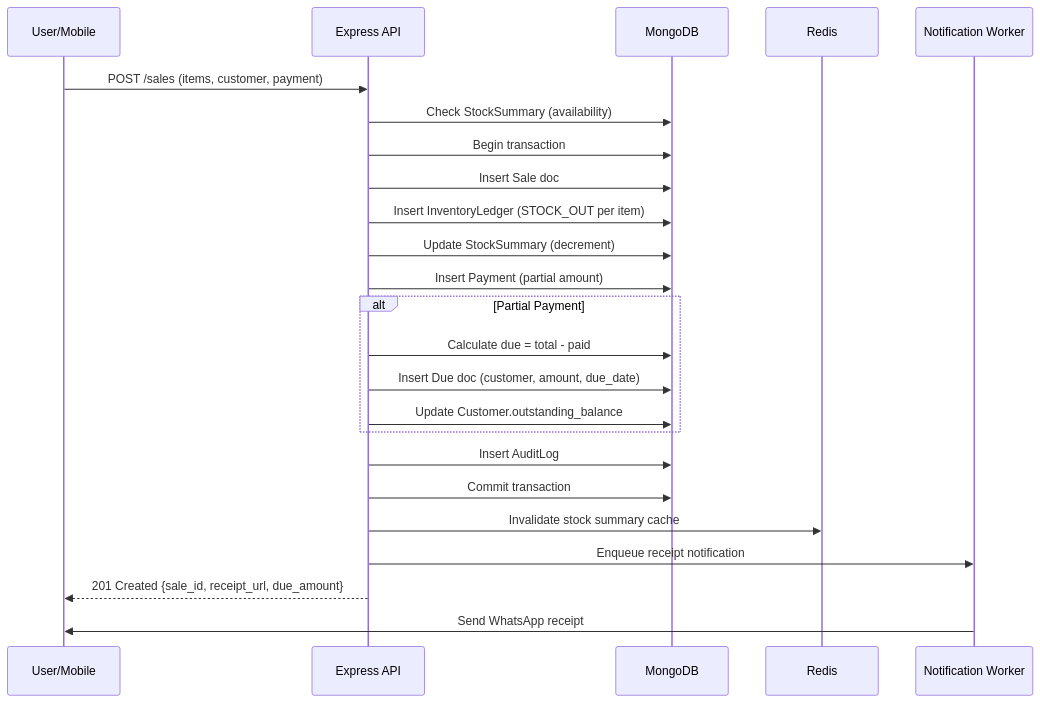
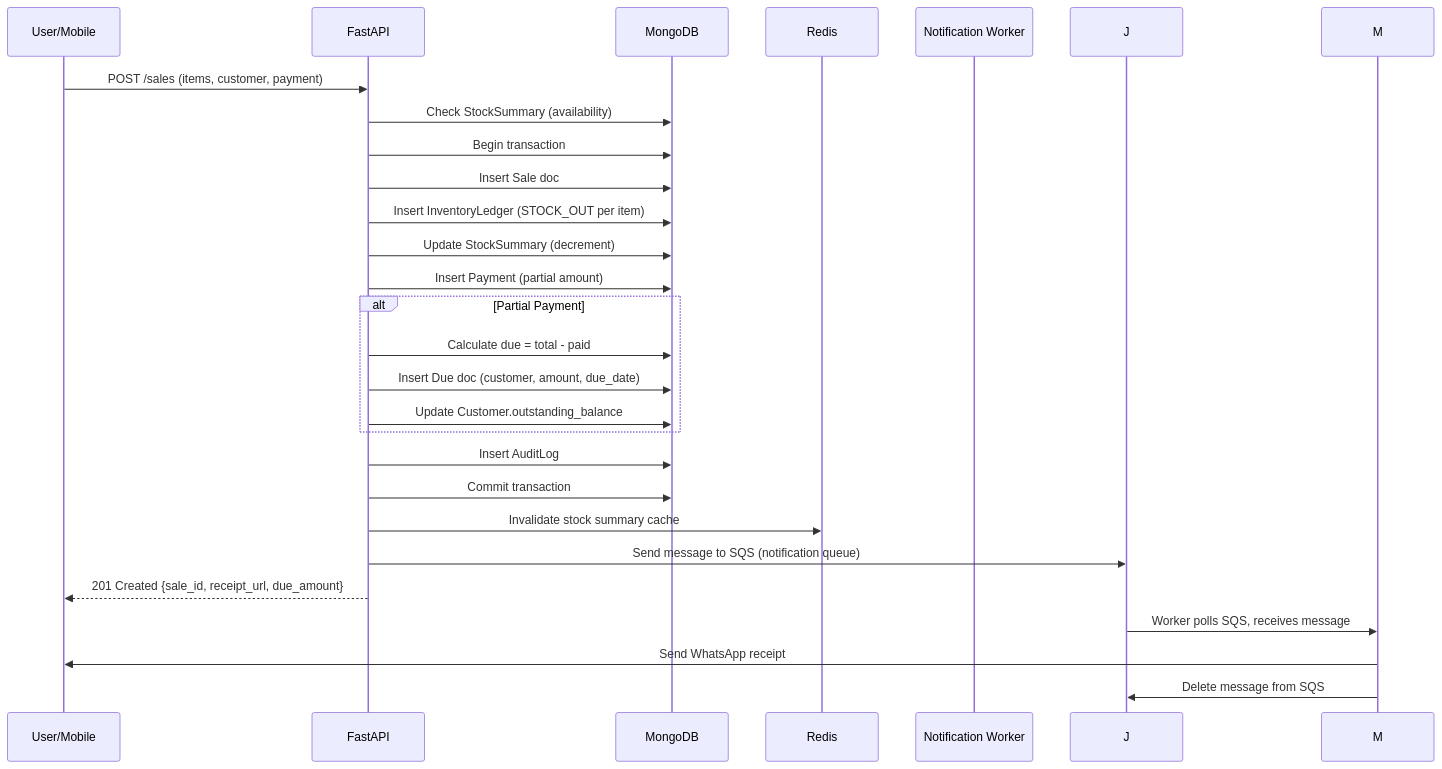
The third of 4 diagrams in design.md (rishav-dev-verma/ai-msme), drawn with Mermaid before and after one commit. The commit also changed other lines of this file, not shown here.

````diff
--- a/design.md
+++ b/design.md
@@ -161,30 +167,32 @@
 ```mermaid
 sequenceDiagram
     participant U as User/Mobile
-    participant API as Express API
+    participant API as FastAPI
     participant DB as MongoDB
     participant Cache as Redis
     participant N as Notification Worker
     
     U->>API: POST /sales (items, customer, payment)
     API->>DB: Check StockSummary (availability)
     API->>DB: Begin transaction
     API->>DB: Insert Sale doc
     API->>DB: Insert InventoryLedger (STOCK_OUT per item)
     API->>DB: Update StockSummary (decrement)
     API->>DB: Insert Payment (partial amount)
     
     alt Partial Payment
         API->>DB: Calculate due = total - paid
         API->>DB: Insert Due doc (customer, amount, due_date)
         API->>DB: Update Customer.outstanding_balance
     end
     
     API->>DB: Insert AuditLog
     API->>DB: Commit transaction
     API->>Cache: Invalidate stock summary cache
-    API->>N: Enqueue receipt notification
+    API->>J: Send message to SQS (notification queue)
     API-->>U: 201 Created {sale_id, receipt_url, due_amount}
     
-    N->>U: Send WhatsApp receipt
+    J->>M: Worker polls SQS, receives message
+    M->>U: Send WhatsApp receipt
+    M->>J: Delete message from SQS
 ```
````
